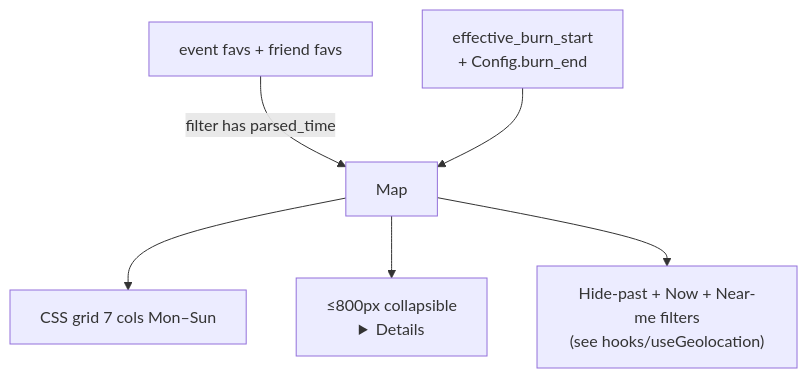
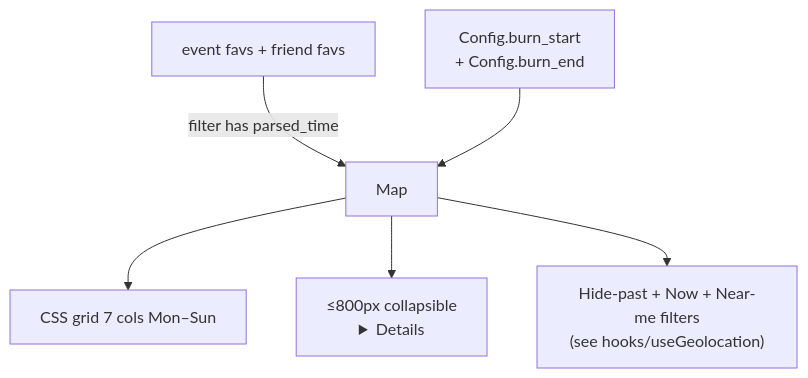
Before and after one commit to shreyaspurohit/playa: the third of 3 diagrams in docs/11-schedule-system.md, drawn with Mermaid. The commit also changed other lines of this file and 13 other files, not shown here.

````diff
--- a/docs/11-schedule-system.md
+++ b/docs/11-schedule-system.md
@@ -98,11 +101,11 @@
 ```mermaid
 flowchart TD
   StarredEvents[event favs + friend favs]
-  Window["effective_burn_start<br>+ Config.burn_end"]
+  Window["Config.burn_start<br>+ Config.burn_end"]
   Cells["Map<dayKey → events[]>"]
   StarredEvents -->|filter has parsed_time| Cells
   Window --> Cells
   Cells --> ColumnsDesktop[CSS grid 7 cols Mon–Sun]
   Cells --> AccordMobile["≤800px collapsible <details>"]
   Cells --> Filters["Hide-past + Now + Near-me filters<br>(see hooks/useGeolocation)"]
 ```
````
